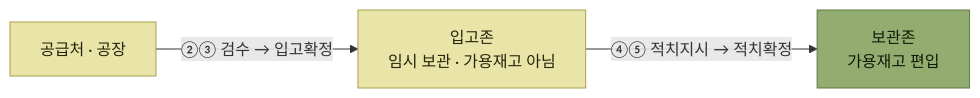
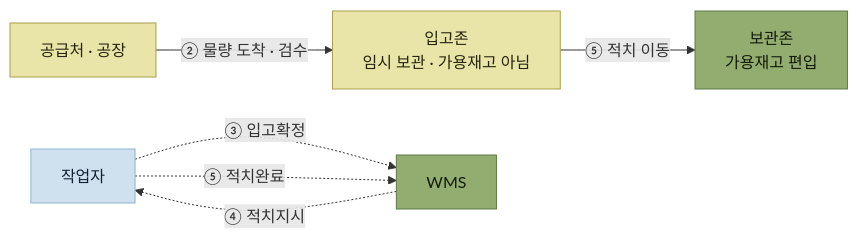
Before and after one commit to devholic22/logistics-backend-study: the second of 2 diagrams in books/wms-원리와-이해/4-입고-프로세스/README.md, drawn with Mermaid. The commit also changed other lines of this file and 1 other file, not shown here.

Commit message:
docs: clarify inbound flows and KPI units

````diff
--- a/books/wms-원리와-이해/4-입고-프로세스/README.md
+++ b/books/wms-원리와-이해/4-입고-프로세스/README.md
@@ -33,14 +33,21 @@
 ```mermaid
 flowchart LR
     SUP["공급처 · 공장"]
     RCV["입고존<br/>임시 보관 · 가용재고 아님"]
     STO["보관존<br/>가용재고 편입"]
+    OP["작업자"]
+    W["WMS"]
 
-    SUP -- "②③ 검수 → 입고확정" --> RCV
-    RCV -- "④⑤ 적치지시 → 적치확정" --> STO
+    SUP -- "② 물량 도착 · 검수" --> RCV
+    RCV -- "⑤ 적치 이동" --> STO
+    OP -. "③ 입고확정" .-> W
+    W -. "④ 적치지시" .-> OP
+    OP -. "⑤ 적치완료" .-> W
 
     classDef zone fill:#e9e5a8,stroke:#a99f4d,color:#26240c
     classDef core fill:#93ad70,stroke:#5f7a44,color:#121a08
+    classDef actor fill:#cfe0ee,stroke:#8fb4d0,color:#0f2233
     class SUP,RCV zone
-    class STO core
+    class STO,W core
+    class OP actor
 ```
````
